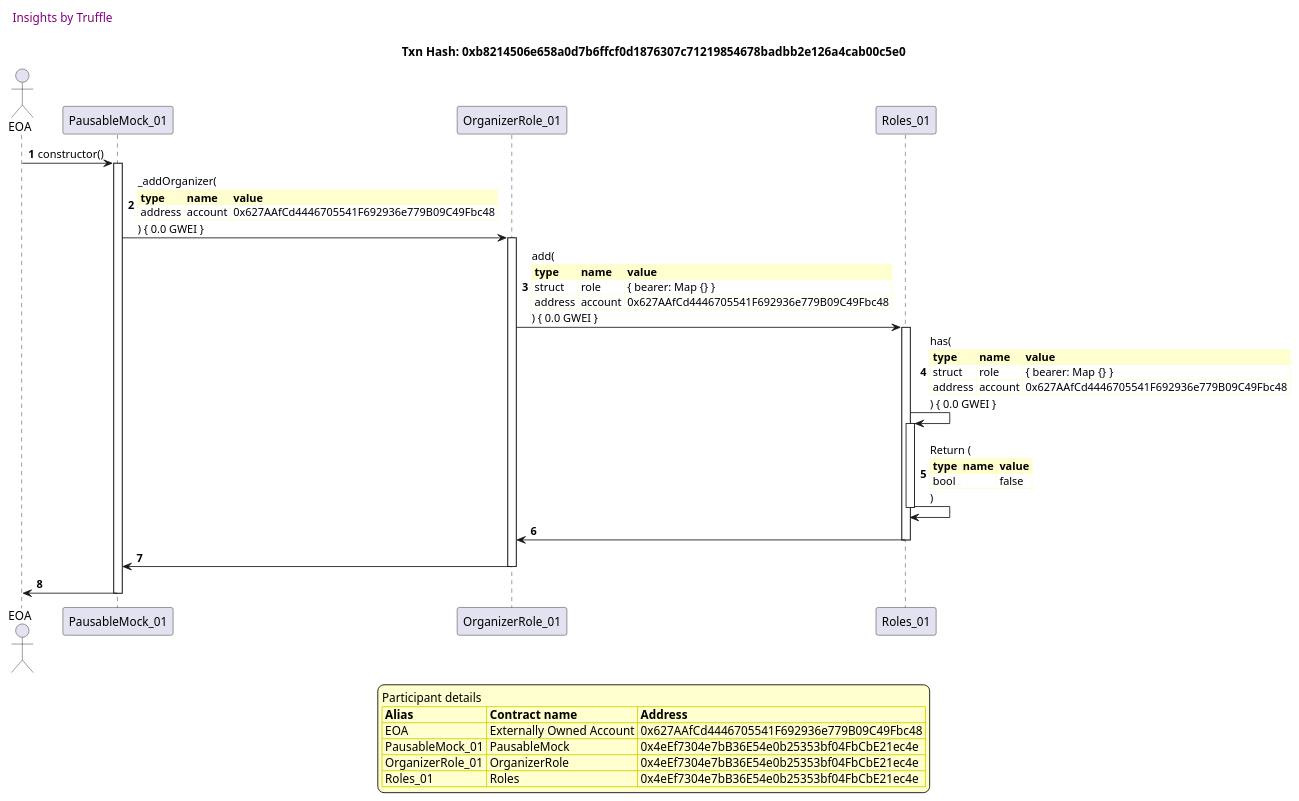
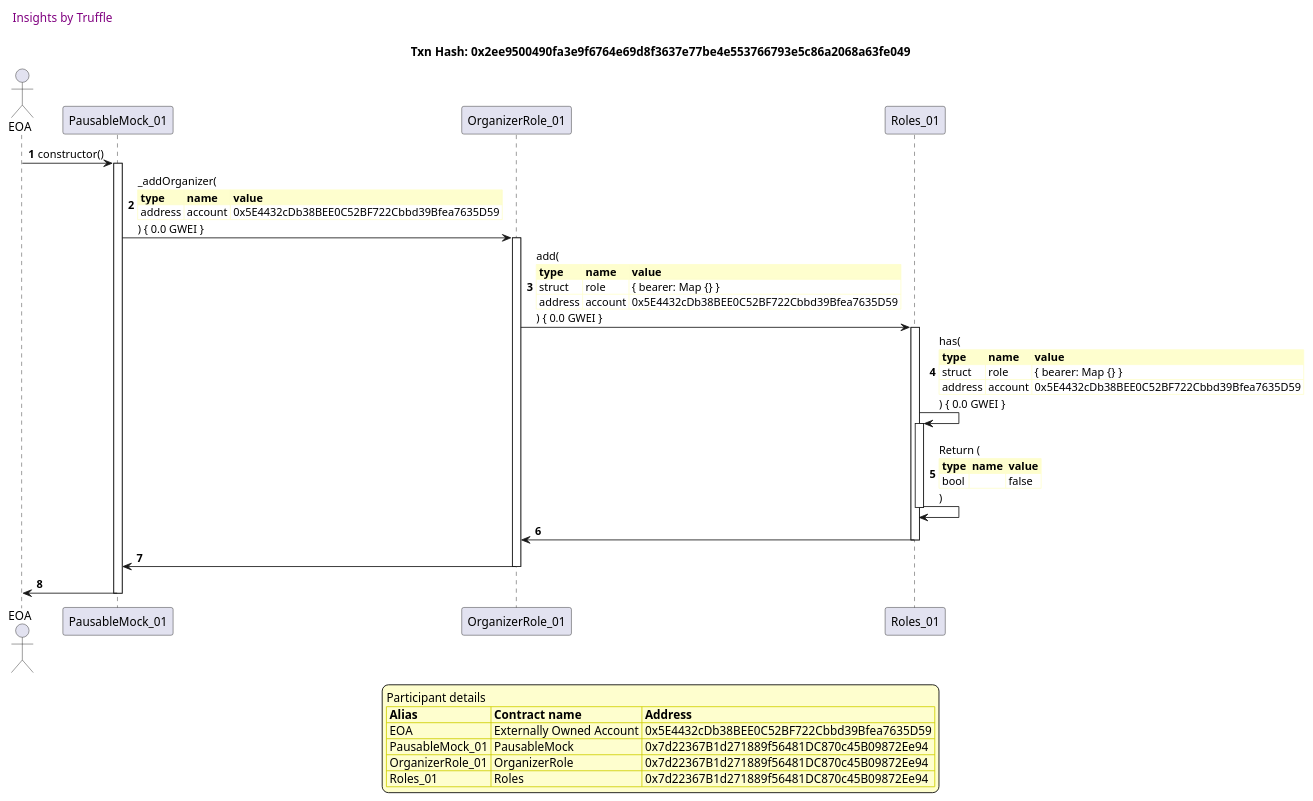
The sixth of 12 diagrams in truffle-seq/lifecycle_pausable.md (fodisi/hackapay), drawn with PlantUML before and after one commit. The commit also changed other lines of this file and 10 other files, not shown here.

````diff
--- a/truffle-seq/lifecycle_pausable.md
+++ b/truffle-seq/lifecycle_pausable.md
@@ -319,61 +318,61 @@
 ```plantuml
 
 
 @startuml
 
 autonumber
 skinparam legendBackgroundColor #FEFECE
 
 <style>
       header {
         HorizontalAlignment left
         FontColor purple
         FontSize 14
         Padding 10
       }
     </style>
 
 header Insights by Truffle
 
-title Txn Hash: 0xb8214506e658a0d7b6ffcf0d1876307c71219854678badbb2e126a4cab00c5e0
+title Txn Hash: 0x2ee9500490fa3e9f6764e69d8f3637e77be4e553766793e5c86a2068a63fe049
 
 
 actor EOA as "EOA"
 participant PausableMock_01 as "PausableMock_01"
 participant OrganizerRole_01 as "OrganizerRole_01"
 participant Roles_01 as "Roles_01"
 
 "EOA" -> "PausableMock_01" ++: constructor()
 "PausableMock_01" -> "OrganizerRole_01" ++: _addOrganizer(\n\
 <#FEFECE,#FEFECE>|= type |= name |= value |\n\
-| address | account | 0x627AAfCd4446705541F692936e779B09C49Fbc48 |\n\
+| address | account | 0x5E4432cDb38BEE0C52BF722Cbbd39Bfea7635D59 |\n\
 ) { 0.0 GWEI }
 "OrganizerRole_01" -> "Roles_01" ++: add(\n\
 <#FEFECE,#FEFECE>|= type |= name |= value |\n\
 | struct | role | { bearer: Map {} } |\n\
-| address | account | 0x627AAfCd4446705541F692936e779B09C49Fbc48 |\n\
+| address | account | 0x5E4432cDb38BEE0C52BF722Cbbd39Bfea7635D59 |\n\
 ) { 0.0 GWEI }
 "Roles_01" -> "Roles_01" ++: has(\n\
 <#FEFECE,#FEFECE>|= type |= name |= value |\n\
 | struct | role | { bearer: Map {} } |\n\
-| address | account | 0x627AAfCd4446705541F692936e779B09C49Fbc48 |\n\
+| address | account | 0x5E4432cDb38BEE0C52BF722Cbbd39Bfea7635D59 |\n\
 ) { 0.0 GWEI }
 "Roles_01" -> "Roles_01" --: Return (\n\
 <#FEFECE,#FEFECE>|= type |= name |= value |\n\
 | bool |  | false |\n\
 )
 "Roles_01" -> "OrganizerRole_01" --: 
 "OrganizerRole_01" -> "PausableMock_01" --: 
 "PausableMock_01" -> "EOA" --: 
 
 legend
 Participant details
 <#FEFECE,#D0D000>|= Alias |= Contract name |= Address |
-<#FEFECE>| EOA | Externally Owned Account | 0x627AAfCd4446705541F692936e779B09C49Fbc48 |
-<#FEFECE>| PausableMock_01 | PausableMock | 0x4eEf7304e7bB36E54e0b25353bf04FbCbE21ec4e |
-<#FEFECE>| OrganizerRole_01 | OrganizerRole | 0x4eEf7304e7bB36E54e0b25353bf04FbCbE21ec4e |
-<#FEFECE>| Roles_01 | Roles | 0x4eEf7304e7bB36E54e0b25353bf04FbCbE21ec4e |
+<#FEFECE>| EOA | Externally Owned Account | 0x5E4432cDb38BEE0C52BF722Cbbd39Bfea7635D59 |
+<#FEFECE>| PausableMock_01 | PausableMock | 0x7d22367B1d271889f56481DC870c45B09872Ee94 |
+<#FEFECE>| OrganizerRole_01 | OrganizerRole | 0x7d22367B1d271889f56481DC870c45B09872Ee94 |
+<#FEFECE>| Roles_01 | Roles | 0x7d22367B1d271889f56481DC870c45B09872Ee94 |
 endlegend
 
 @enduml
 ```
````
